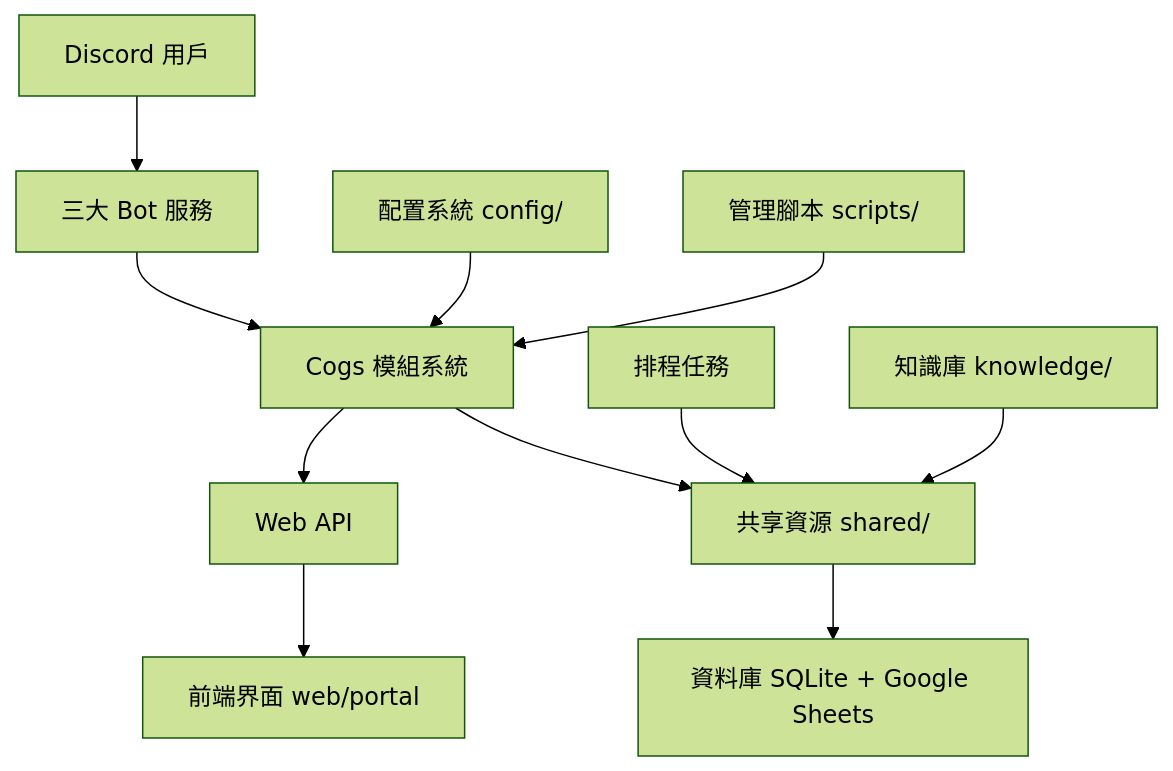
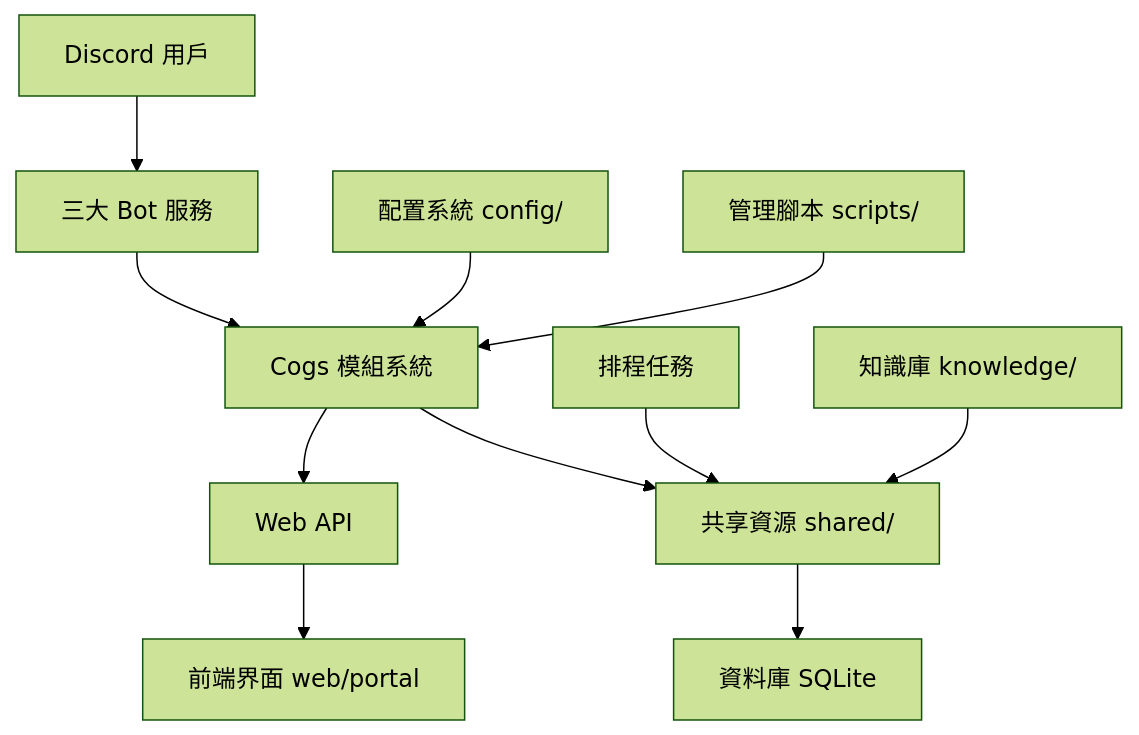
One commit to chenkankan1103/kkgroup changed the diagram in knowledge/_wiki/concepts/project-architecture.md. Above: the diagram before and after it, drawn with Mermaid (forest theme). The commit also changed other lines of this file and 12 other files, not shown here.

First line of the commit message:
chore: 退役 Google Sheets 系統，清掉 5 個檔案與全部引用

````diff
--- a/knowledge/_wiki/concepts/project-architecture.md
+++ b/knowledge/_wiki/concepts/project-architecture.md
@@ -187,13 +184,13 @@
 ```mermaid
 graph TD
     A[Discord 用戶] --> B[三大 Bot 服務]
     B --> C[Cogs 模組系統]
     C --> D[共享資源 shared/]
     C --> E[Web API]
     E --> F[前端界面 web/portal]
-    D --> G[資料庫 SQLite + Google Sheets]
+    D --> G[資料庫 SQLite]
     H[排程任務] --> D
     I[配置系統 config/] --> C
     J[管理腳本 scripts/] --> C
     K[知識庫 knowledge/] --> D
 ```
````
